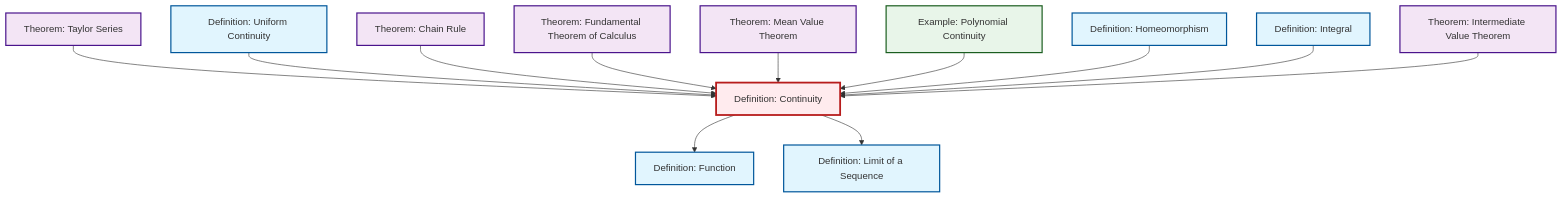
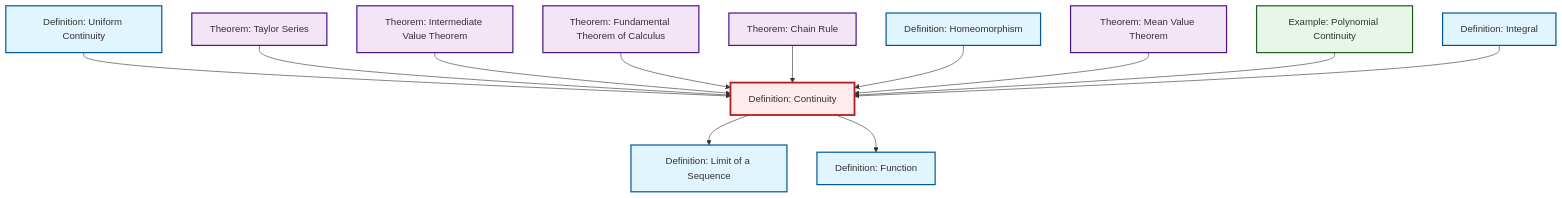
One commit to RK0429/ModernMath changed the diagram in content/ja/analysis/def-continuity.qmd. Above: the diagram before and after it, drawn with Mermaid. The commit also changed other lines of this file and 654 other files, not shown here.

````diff
--- a/content/ja/analysis/def-continuity.qmd
+++ b/content/ja/analysis/def-continuity.qmd
@@ -59,44 +62,44 @@
 ```{mermaid}
 %%| fig-cap: "Local dependency graph"
 graph TD
     classDef definition fill:#e1f5fe,stroke:#01579b,stroke-width:2px
     classDef theorem fill:#f3e5f5,stroke:#4a148c,stroke-width:2px
     classDef axiom fill:#fff3e0,stroke:#e65100,stroke-width:2px
     classDef example fill:#e8f5e9,stroke:#1b5e20,stroke-width:2px
     classDef current fill:#ffebee,stroke:#b71c1c,stroke-width:3px
-    thm-chain-rule["Theorem: Chain Rule"]:::theorem
     ex-polynomial-continuity["Example: Polynomial Continuity"]:::example
-    def-homeomorphism["Definition: Homeomorphism"]:::definition
-    thm-mean-value["Theorem: Mean Value Theorem"]:::theorem
     def-continuity["Definition: Continuity"]:::definition
-    def-function["Definition: Function"]:::definition
-    def-integral["Definition: Integral"]:::definition
-    def-uniform-continuity["Definition: Uniform Continuity"]:::definition
-    def-limit["Definition: Limit of a Sequence"]:::definition
     thm-intermediate-value["Theorem: Intermediate Value Theorem"]:::theorem
     thm-taylor-series["Theorem: Taylor Series"]:::theorem
+    def-homeomorphism["Definition: Homeomorphism"]:::definition
     thm-fundamental-calculus["Theorem: Fundamental Theorem of Calculus"]:::theorem
-    def-continuity --> def-function
+    def-function["Definition: Function"]:::definition
+    def-limit["Definition: Limit of a Sequence"]:::definition
+    thm-mean-value["Theorem: Mean Value Theorem"]:::theorem
+    def-uniform-continuity["Definition: Uniform Continuity"]:::definition
+    def-integral["Definition: Integral"]:::definition
+    thm-chain-rule["Theorem: Chain Rule"]:::theorem
+    def-uniform-continuity --> def-continuity
     thm-taylor-series --> def-continuity
-    def-uniform-continuity --> def-continuity
+    thm-intermediate-value --> def-continuity
+    def-continuity --> def-limit
+    thm-fundamental-calculus --> def-continuity
     thm-chain-rule --> def-continuity
-    thm-fundamental-calculus --> def-continuity
-    def-continuity --> def-limit
+    def-homeomorphism --> def-continuity
     thm-mean-value --> def-continuity
     ex-polynomial-continuity --> def-continuity
-    def-homeomorphism --> def-continuity
     def-integral --> def-continuity
-    thm-intermediate-value --> def-continuity
+    def-continuity --> def-function
     class def-continuity current
-    click thm-chain-rule "thm-chain-rule.html" "Theorem: Chain Ruleへ"
     click ex-polynomial-continuity "ex-polynomial-continuity.html" "Example: Polynomial Continuityへ"
-    click def-homeomorphism "def-homeomorphism.html" "Definition: Homeomorphismへ"
-    click thm-mean-value "thm-mean-value.html" "Theorem: Mean Value Theoremへ"
-    click def-function "def-function.html" "Definition: Functionへ"
-    click def-integral "def-integral.html" "Definition: Integralへ"
-    click def-uniform-continuity "def-uniform-continuity.html" "Definition: Uniform Continuityへ"
-    click def-limit "def-limit.html" "Definition: Limit of a Sequenceへ"
     click thm-intermediate-value "thm-intermediate-value.html" "Theorem: Intermediate Value Theoremへ"
     click thm-taylor-series "thm-taylor-series.html" "Theorem: Taylor Seriesへ"
+    click def-homeomorphism "def-homeomorphism.html" "Definition: Homeomorphismへ"
     click thm-fundamental-calculus "thm-fundamental-calculus.html" "Theorem: Fundamental Theorem of Calculusへ"
+    click def-function "def-function.html" "Definition: Functionへ"
+    click def-limit "def-limit.html" "Definition: Limit of a Sequenceへ"
+    click thm-mean-value "thm-mean-value.html" "Theorem: Mean Value Theoremへ"
+    click def-uniform-continuity "def-uniform-continuity.html" "Definition: Uniform Continuityへ"
+    click def-integral "def-integral.html" "Definition: Integralへ"
+    click thm-chain-rule "thm-chain-rule.html" "Theorem: Chain Ruleへ"
 ```
````
